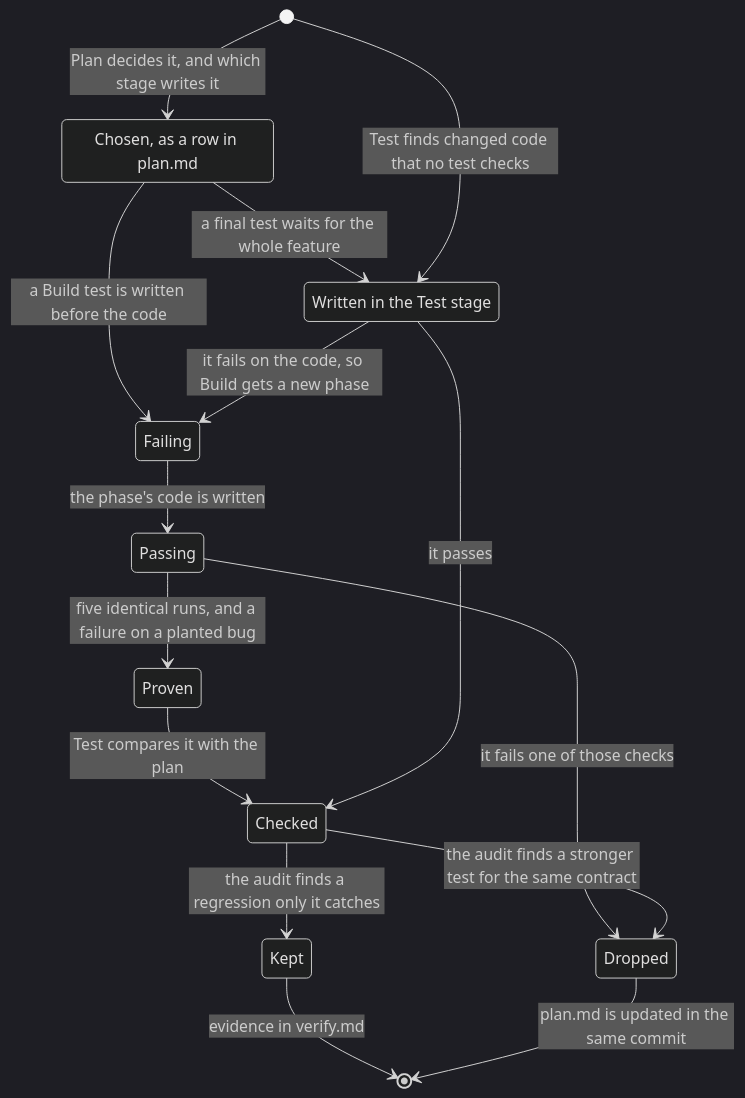
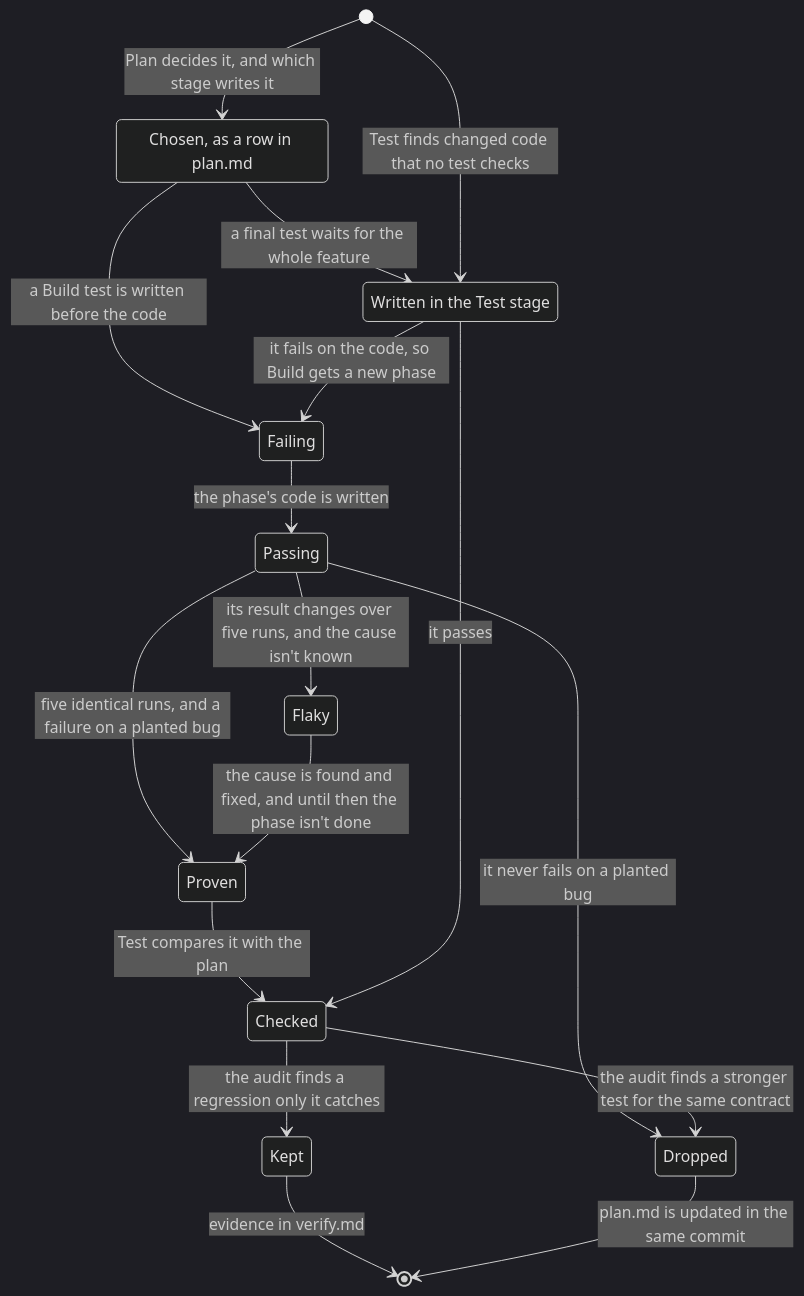
Before and after one commit to aasimsani/sdlc-toolkit: the fifth of 8 diagrams in README.md, drawn with Mermaid (dark theme). The commit also changed other lines of this file and 11 other files, not shown here.

````diff
--- a/README.md
+++ b/README.md
@@ -219,19 +222,21 @@
 ```mermaid
 stateDiagram-v2
     state "Chosen, as a row in plan.md" as Chosen
     state "Written in the Test stage" as Late
     [*] --> Chosen: Plan decides it, and which stage writes it
     Chosen --> Failing: a Build test is written before the code
     Failing --> Passing: the phase's code is written
     Passing --> Proven: five identical runs, and a failure on a planted bug
-    Passing --> Dropped: it fails one of those checks
+    Passing --> Dropped: it never fails on a planted bug
+    Passing --> Flaky: its result changes over five runs, and the cause isn't known
+    Flaky --> Proven: the cause is found and fixed, and until then the phase isn't done
     Proven --> Checked: Test compares it with the plan
     Chosen --> Late: a final test waits for the whole feature
     [*] --> Late: Test finds changed code that no test checks
     Late --> Checked: it passes
     Late --> Failing: it fails on the code, so Build gets a new phase
     Checked --> Kept: the audit finds a regression only it catches
     Checked --> Dropped: the audit finds a stronger test for the same contract
     Kept --> [*]: evidence in verify.md
     Dropped --> [*]: plan.md is updated in the same commit
 ```
````
